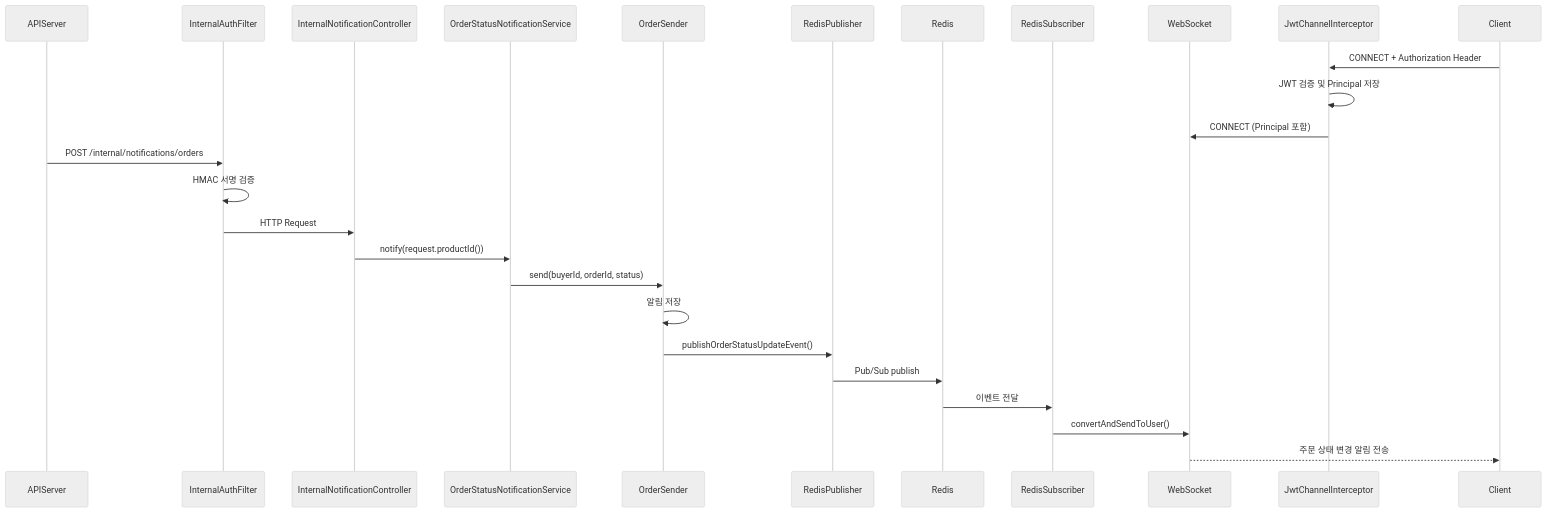
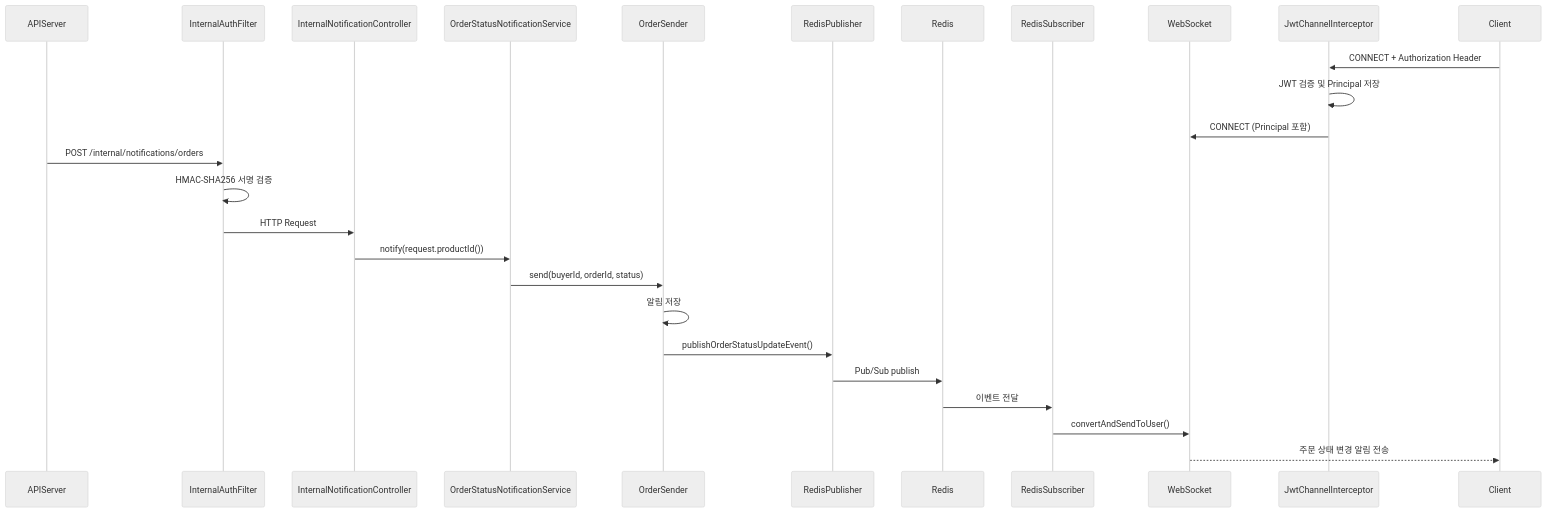
One commit to all-in-market/alarm-server changed the second of 6 diagrams in README.md. Above: the diagram before and after it, drawn with Mermaid (neutral theme). The commit also changed other lines of this file, not shown here.

Commit message:
docs: 알림 서버 README 내부 호출용 HMAC 서명 인증 -> 내부 호출용 HMAC-SHA256 서명 인증 수정

````diff
--- a/README.md
+++ b/README.md
@@ -88,41 +90,41 @@
 ```mermaid
 sequenceDiagram
  
     participant APIServer
     participant InternalAuthFilter
     participant InternalNotificationController
     participant OrderStatusNotificationService
     participant OrderSender
     participant RedisPublisher
     participant Redis
     participant RedisSubscriber
     participant WebSocket
     participant JwtChannelInterceptor
     participant Client
  
     Client->>JwtChannelInterceptor: CONNECT + Authorization Header
     JwtChannelInterceptor->>JwtChannelInterceptor: JWT 검증 및 Principal 저장
     JwtChannelInterceptor->>WebSocket: CONNECT (Principal 포함)
  
     APIServer->>InternalAuthFilter: POST /internal/notifications/orders
  
-    InternalAuthFilter->>InternalAuthFilter: HMAC 서명 검증
+    InternalAuthFilter->>InternalAuthFilter: HMAC-SHA256 서명 검증
  
     InternalAuthFilter->>InternalNotificationController: HTTP Request
  
     InternalNotificationController->>OrderStatusNotificationService: notify(request.productId())
  
     OrderStatusNotificationService->>OrderSender: send(buyerId, orderId, status)
  
     OrderSender->>OrderSender: 알림 저장
  
     OrderSender->>RedisPublisher: publishOrderStatusUpdateEvent()
  
     RedisPublisher->>Redis: Pub/Sub publish
  
     Redis->>RedisSubscriber: 이벤트 전달
  
     RedisSubscriber->>WebSocket: convertAndSendToUser()
  
     WebSocket-->>Client: 주문 상태 변경 알림 전송
 ```
````
